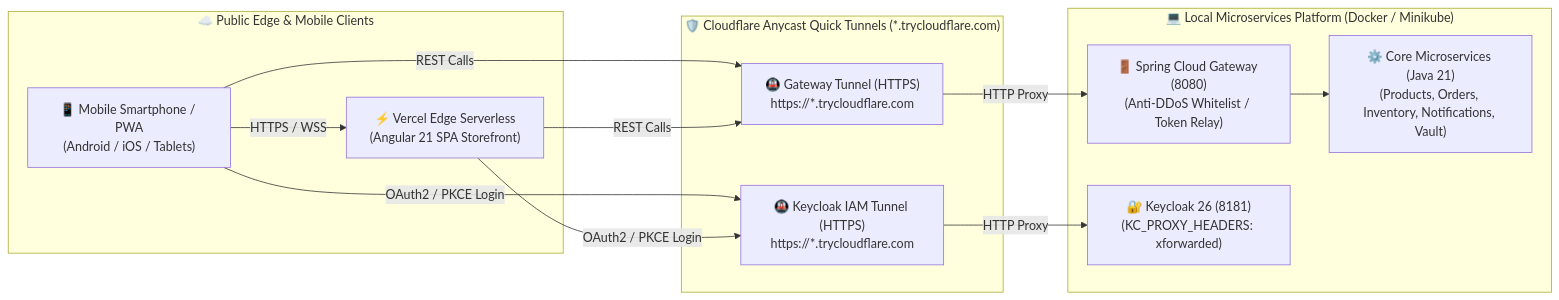
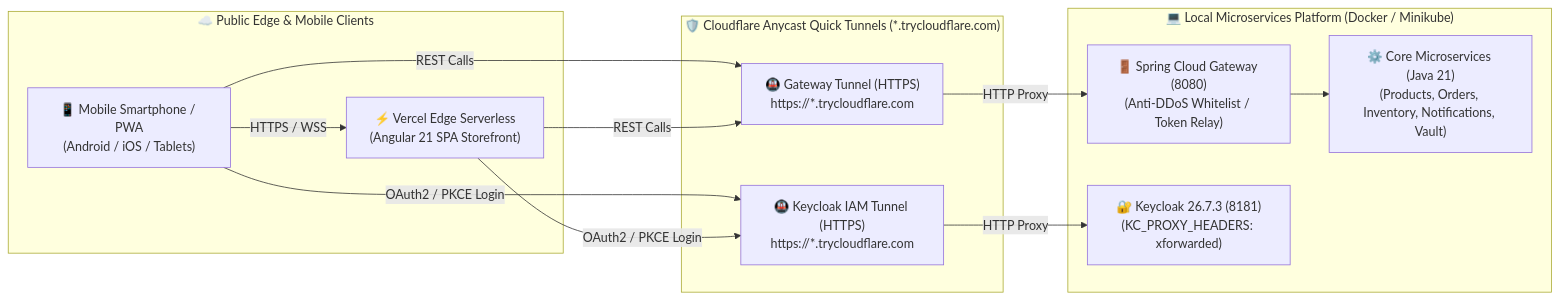
The fifth of 6 diagrams in README.md (GeorgeGxx/microservices-architecture), drawn with Mermaid before and after one commit. The commit also changed other lines of this file and 117 other files, not shown here.

````diff
--- a/README.md
+++ b/README.md
@@ -1120,25 +1257,25 @@
 ```mermaid
 graph LR
     subgraph PublicInternet ["☁️ Public Edge & Mobile Clients"]
         Mobile["📱 Mobile Smartphone / PWA<br/>(Android / iOS / Tablets)"]
         Vercel["⚡ Vercel Edge Serverless<br/>(Angular 21 SPA Storefront)"]
     end
 
     subgraph CloudflareEdge ["🛡️ Cloudflare Anycast Quick Tunnels (*.trycloudflare.com)"]
         CFTunnel1["🚇 Gateway Tunnel (HTTPS)<br/>https://*.trycloudflare.com"]
         CFTunnel2["🚇 Keycloak IAM Tunnel (HTTPS)<br/>https://*.trycloudflare.com"]
     end
 
     subgraph LocalInfrastructure ["💻 Local Microservices Platform (Docker / Minikube)"]
         APIGW["🚪 Spring Cloud Gateway (8080)<br/>(Anti-DDoS Whitelist / Token Relay)"]
-        Keycloak["🔐 Keycloak 26 (8181)<br/>(KC_PROXY_HEADERS: xforwarded)"]
+        Keycloak["🔐 Keycloak 26.7.3 (8181)<br/>(KC_PROXY_HEADERS: xforwarded)"]
         Microservices["⚙️ Core Microservices (Java 21)<br/>(Products, Orders, Inventory, Notifications, Vault)"]
     end
 
     Mobile -->|HTTPS / WSS| Vercel
     Mobile & Vercel -->|REST Calls| CFTunnel1
     Mobile & Vercel -->|OAuth2 / PKCE Login| CFTunnel2
     CFTunnel1 -->|HTTP Proxy| APIGW
     CFTunnel2 -->|HTTP Proxy| Keycloak
     APIGW --> Microservices
 ```
````
